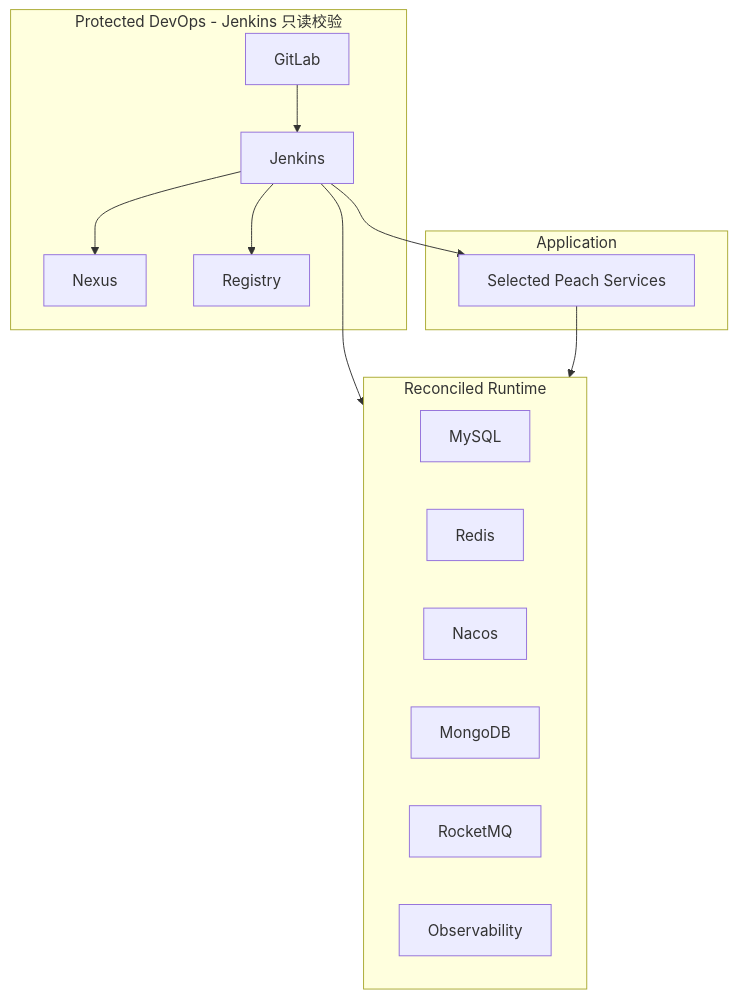
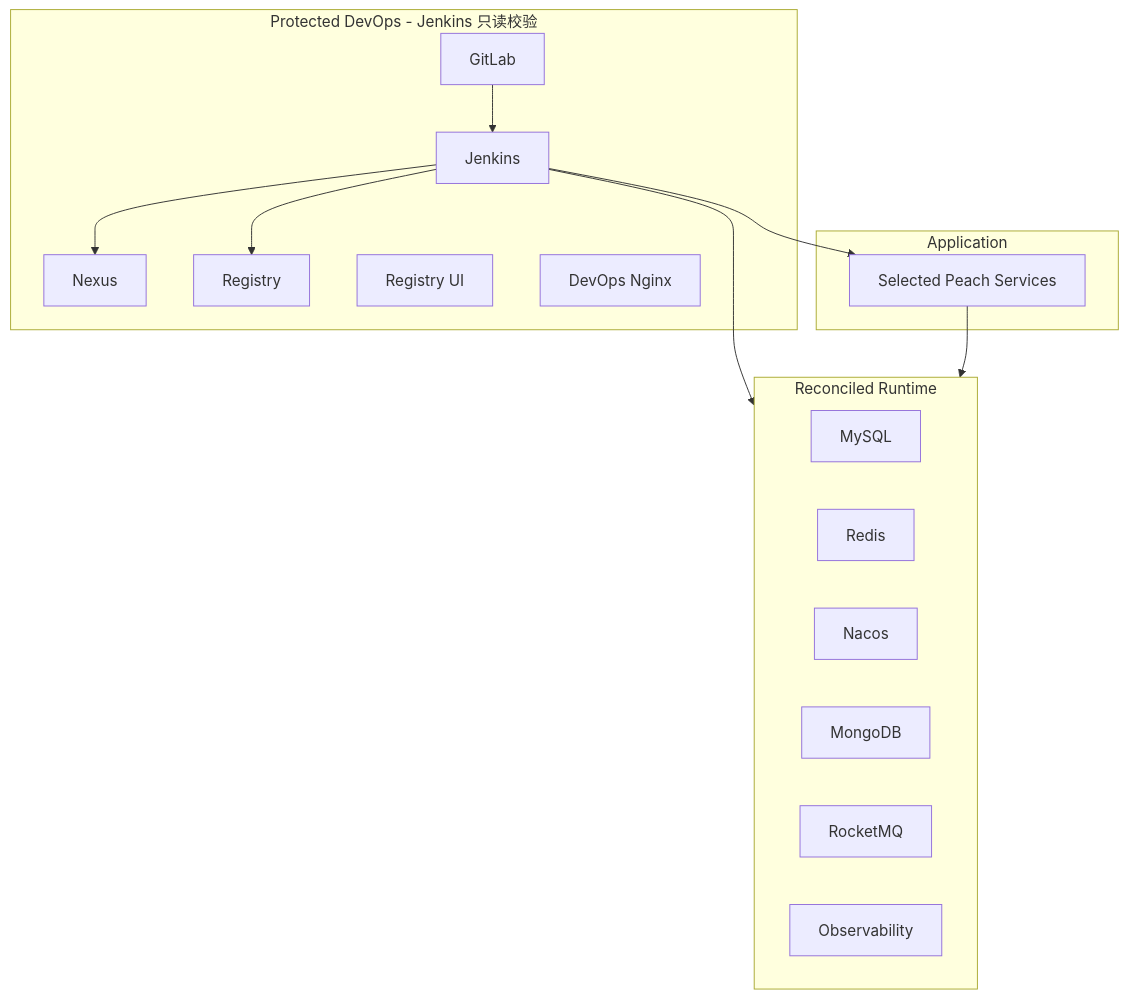
One commit to Ryan-Guizhou/peach-cloud changed the diagram in deploy-pipline/docs/architecture-and-operations.md. Above: the diagram before and after it, drawn with Mermaid. The commit also changed other lines of this file and 6 other files, not shown here.

````diff
--- a/deploy-pipline/docs/architecture-and-operations.md
+++ b/deploy-pipline/docs/architecture-and-operations.md
@@ -5,26 +5,28 @@
 ```mermaid
 flowchart TB
     subgraph ProtectedDevOps[Protected DevOps - Jenkins 只读校验]
         GitLab
         Jenkins
         Nexus
         Registry
+        RegistryUI[Registry UI]
+        DevOpsNginx[DevOps Nginx]
     end
     subgraph ReconciledRuntime[Reconciled Runtime]
         MySQL
         Redis
         Nacos
         MongoDB
         RocketMQ
         Observability
     end
     subgraph Application[Application]
         Services[Selected Peach Services]
     end
     GitLab --> Jenkins
     Jenkins --> ReconciledRuntime
     Jenkins --> Services
     Jenkins --> Nexus
     Jenkins --> Registry
     Services --> ReconciledRuntime
 ```
````
